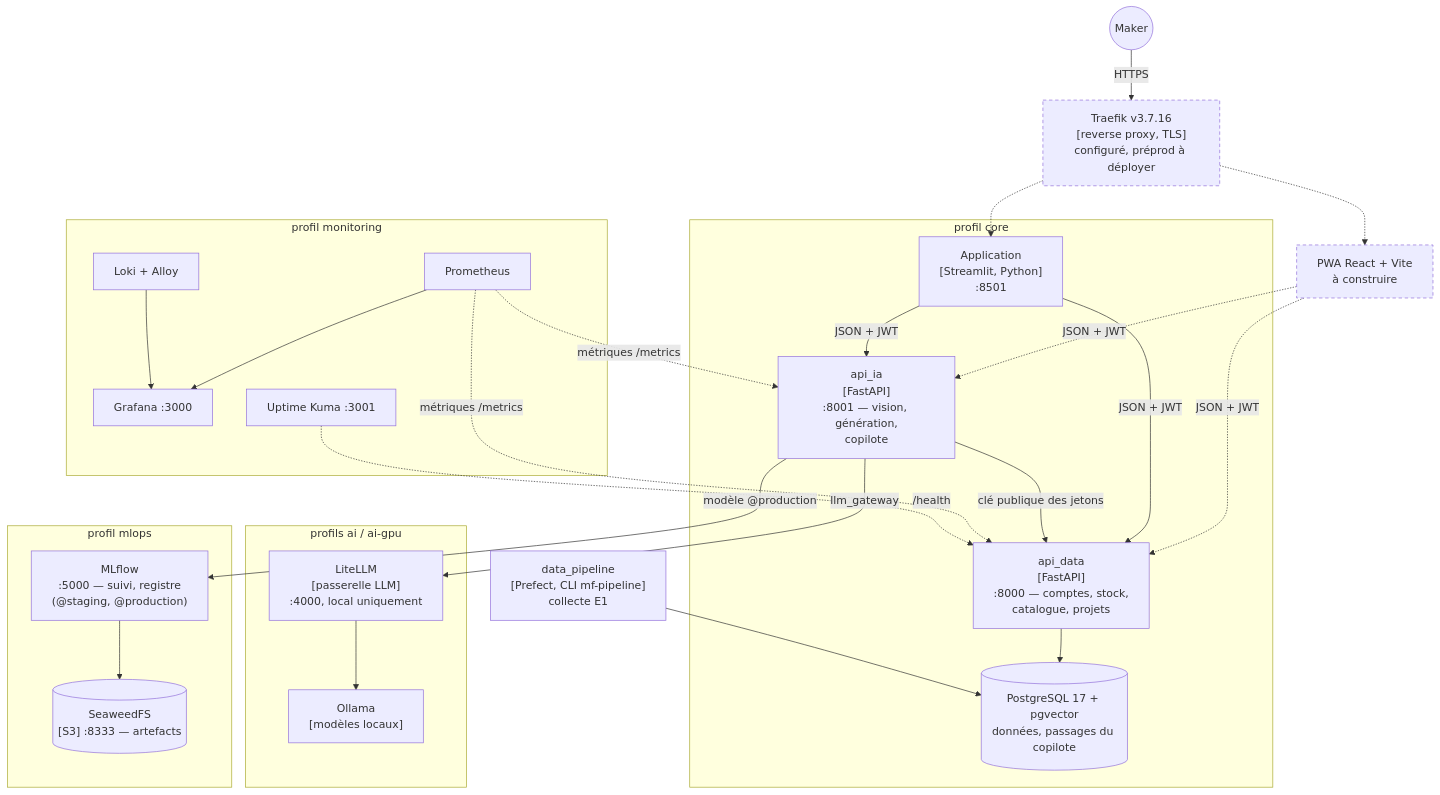
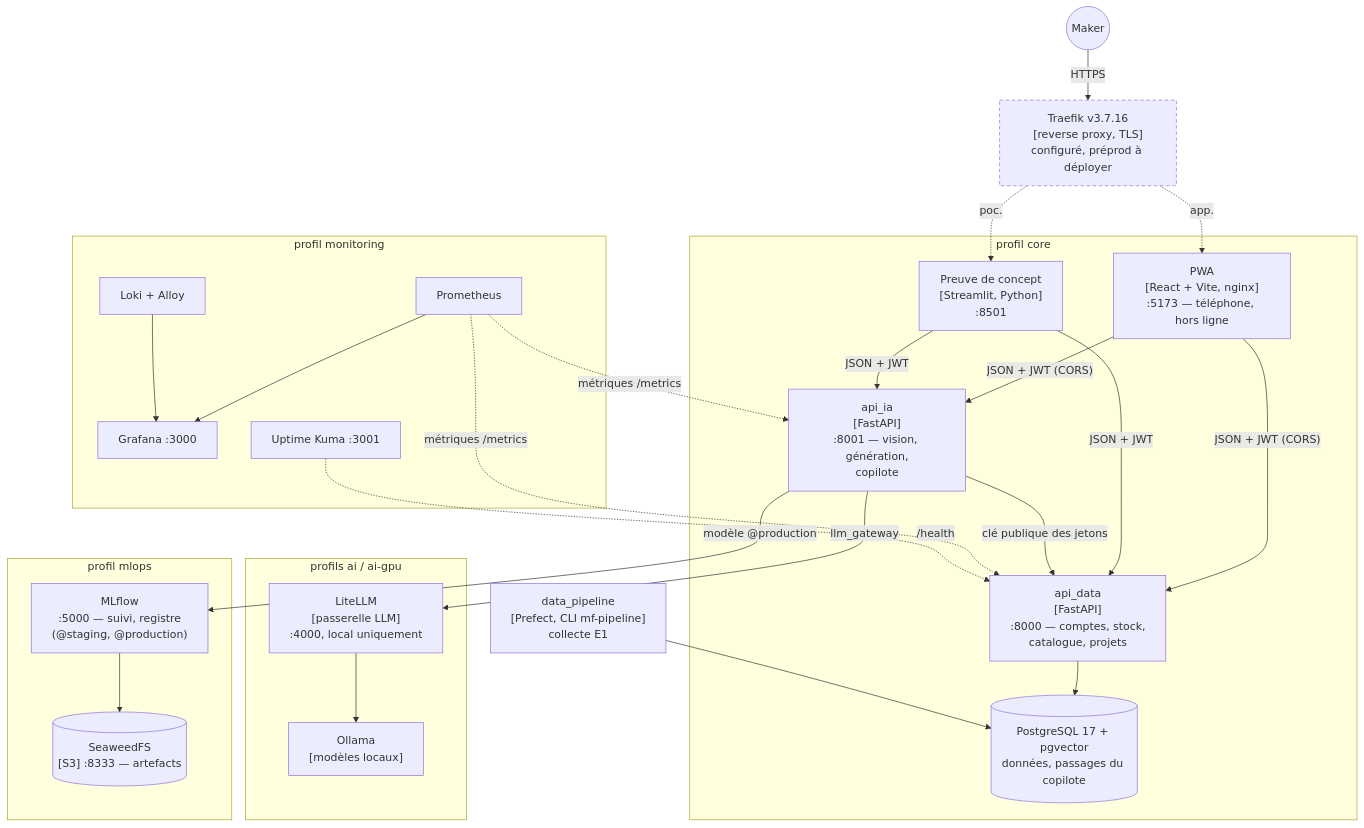
Before and after one commit to gprodi/PCO: the second of 4 diagrams in microforge/docs/E4/architecture.md, drawn with Mermaid. The commit also changed other lines of this file and 45 other files, not shown here.

First line of the commit message:
PWA React + Vite branchée sur les deux API, servie par nginx derrière Traefik

````diff
--- a/microforge/docs/E4/architecture.md
+++ b/microforge/docs/E4/architecture.md
@@ -27,42 +27,42 @@
 ```mermaid
 flowchart TB
   maker(("Maker"))
   traefik["Traefik v3.7.16<br/>[reverse proxy, TLS]<br/>configuré, préprod à déployer"]:::cible
-  pwa["PWA React + Vite<br/>à construire"]:::cible
   subgraph core["profil core"]
-    st["Application<br/>[Streamlit, Python]<br/>:8501"]
+    pwa["PWA<br/>[React + Vite, nginx]<br/>:5173 — téléphone, hors ligne"]
+    st["Preuve de concept<br/>[Streamlit, Python]<br/>:8501"]
     data["api_data<br/>[FastAPI]<br/>:8000 — comptes, stock,<br/>catalogue, projets"]
     ia["api_ia<br/>[FastAPI]<br/>:8001 — vision, génération,<br/>copilote"]
     pg[("PostgreSQL 17 + pgvector<br/>données, passages du copilote")]
   end
   subgraph ai["profils ai / ai-gpu"]
     litellm["LiteLLM<br/>[passerelle LLM]<br/>:4000, local uniquement"]
     ollama["Ollama<br/>[modèles locaux]"]
   end
   subgraph mlops["profil mlops"]
     mlflow["MLflow<br/>:5000 — suivi, registre<br/>(@staging, @production)"]
     s3[("SeaweedFS<br/>[S3] :8333 — artefacts")]
   end
   subgraph obs["profil monitoring"]
     prom["Prometheus"] --> graf["Grafana :3000"]
     loki["Loki + Alloy"] --> graf
     kuma["Uptime Kuma :3001"]
   end
   pipe["data_pipeline<br/>[Prefect, CLI mf-pipeline]<br/>collecte E1"]
   maker -- HTTPS --> traefik
-  traefik -.-> st
-  traefik -.-> pwa
-  pwa -. "JSON + JWT" .-> data
-  pwa -. "JSON + JWT" .-> ia
+  traefik -. "app." .-> pwa
+  traefik -. "poc." .-> st
+  pwa -- "JSON + JWT (CORS)" --> data
+  pwa -- "JSON + JWT (CORS)" --> ia
   st -- "JSON + JWT" --> data
   st -- "JSON + JWT" --> ia
   data --> pg
   ia -- "clé publique des jetons" --> data
   ia -- "llm_gateway" --> litellm --> ollama
   ia -- "modèle @production" --> mlflow --> s3
   pipe --> pg
   prom -. "métriques /metrics" .-> data
   prom -. "métriques /metrics" .-> ia
   kuma -. "/health" .-> data
   classDef cible stroke-dasharray: 5 4
 ```
````
